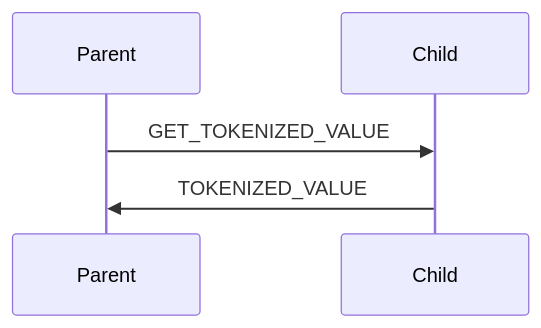
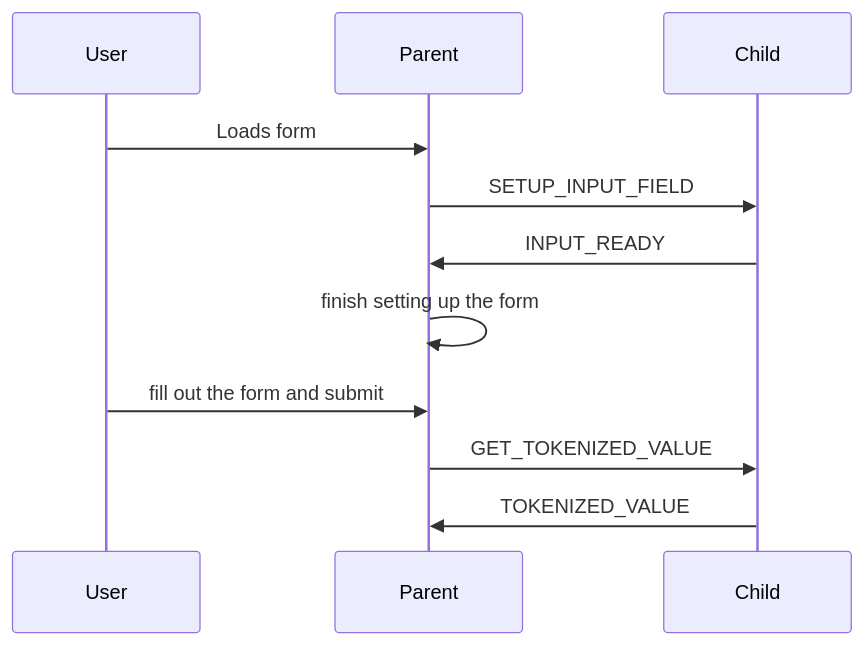
The first of 3 diagrams in readme.md (garrypolley/iframe-testing), drawn with Mermaid before and after one commit. The commit also changed other lines of this file, not shown here.

Commit message:
Update diagrams to be better

````diff
--- a/readme.md
+++ b/readme.md
@@ -33,7 +33,13 @@
 ```mermaid
 sequenceDiagram
+    participant User
     participant Parent
     participant Child
+    User->>Parent: Loads form
+    Parent->>Child: SETUP_INPUT_FIELD
+    Child->>Parent: INPUT_READY
+    Parent->>Parent: finish setting up the form
+    User->>Parent: fill out the form and submit
     Parent->>Child: GET_TOKENIZED_VALUE
     Child->>Parent: TOKENIZED_VALUE
 ```
````
